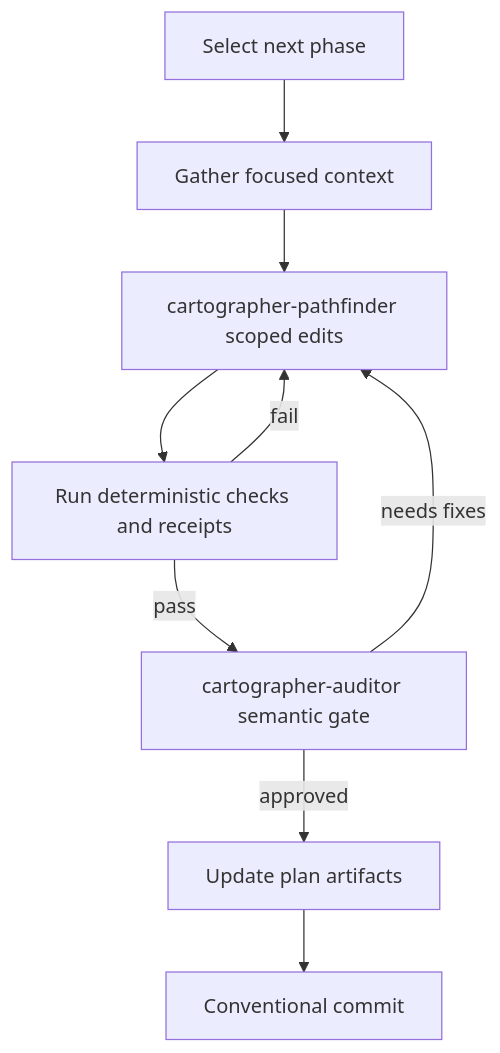
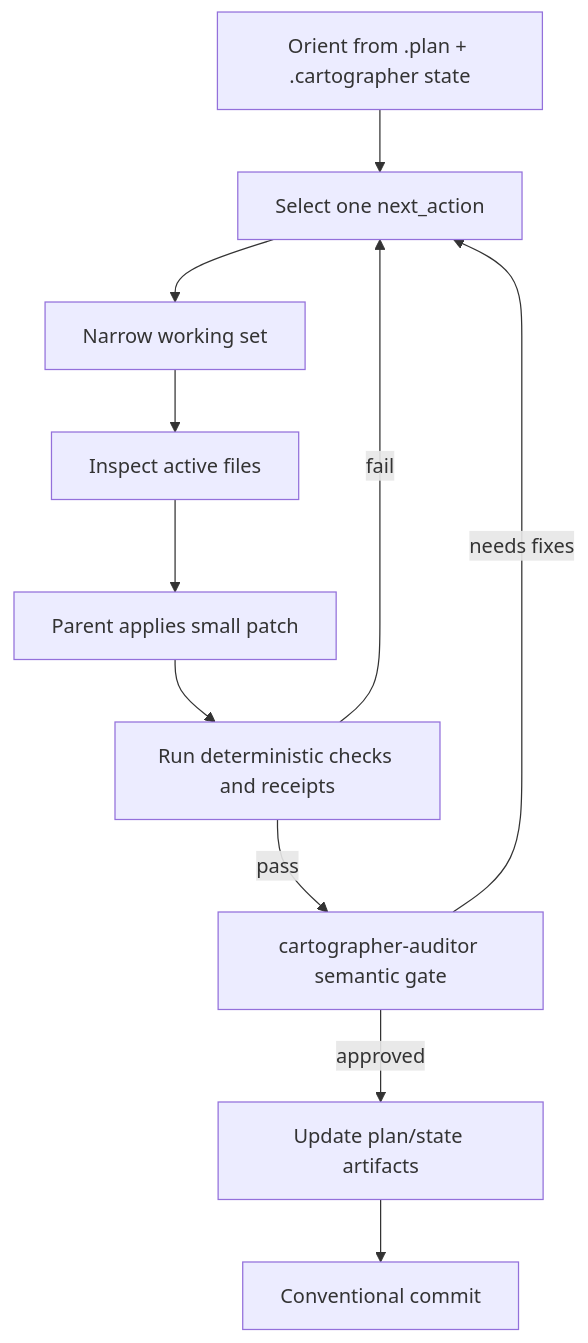
One commit to GenKerensky/pi-cartographer changed the second of 3 diagrams in README.md. Above: the diagram before and after it, drawn with Mermaid. The commit also changed other lines of this file and 28 other files, not shown here.

````diff
--- a/README.md
+++ b/README.md
@@ -186,11 +174,13 @@
 ```mermaid
 flowchart TD
-  A[Select next phase] --> B[Gather focused context]
-  B --> C[cartographer-pathfinder scoped edits]
-  C --> D[Run deterministic checks and receipts]
-  D -->|fail| C
-  D -->|pass| E[cartographer-auditor semantic gate]
-  E -->|needs fixes| C
-  E -->|approved| F[Update plan artifacts]
-  F --> G[Conventional commit]
+  A[Orient from .plan + .cartographer state] --> B[Select one next_action]
+  B --> C[Narrow working set]
+  C --> D[Inspect active files]
+  D --> E[Parent applies small patch]
+  E --> F[Run deterministic checks and receipts]
+  F -->|fail| B
+  F -->|pass| G[cartographer-auditor semantic gate]
+  G -->|needs fixes| B
+  G -->|approved| H[Update plan/state artifacts]
+  H --> I[Conventional commit]
 ```
````
